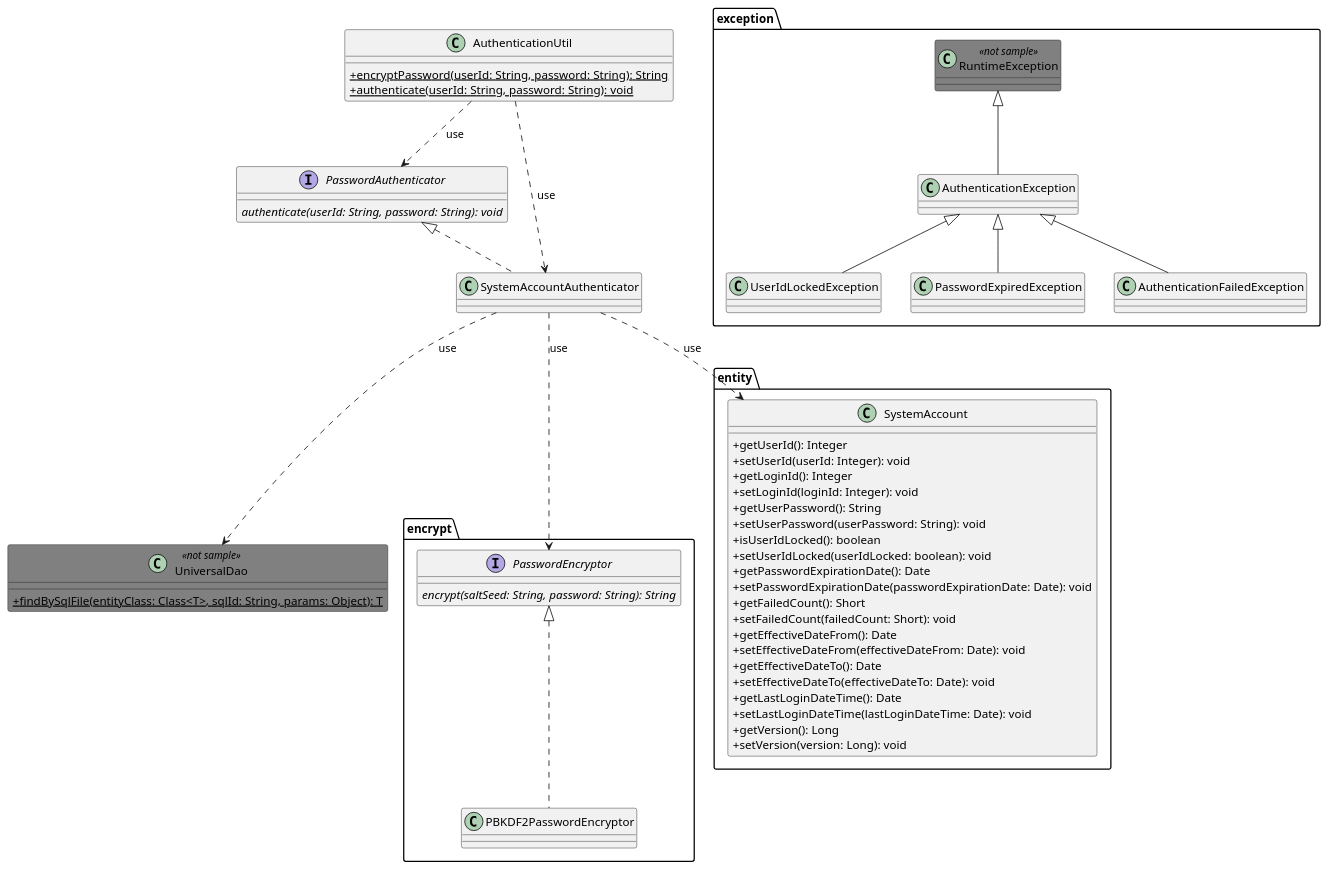
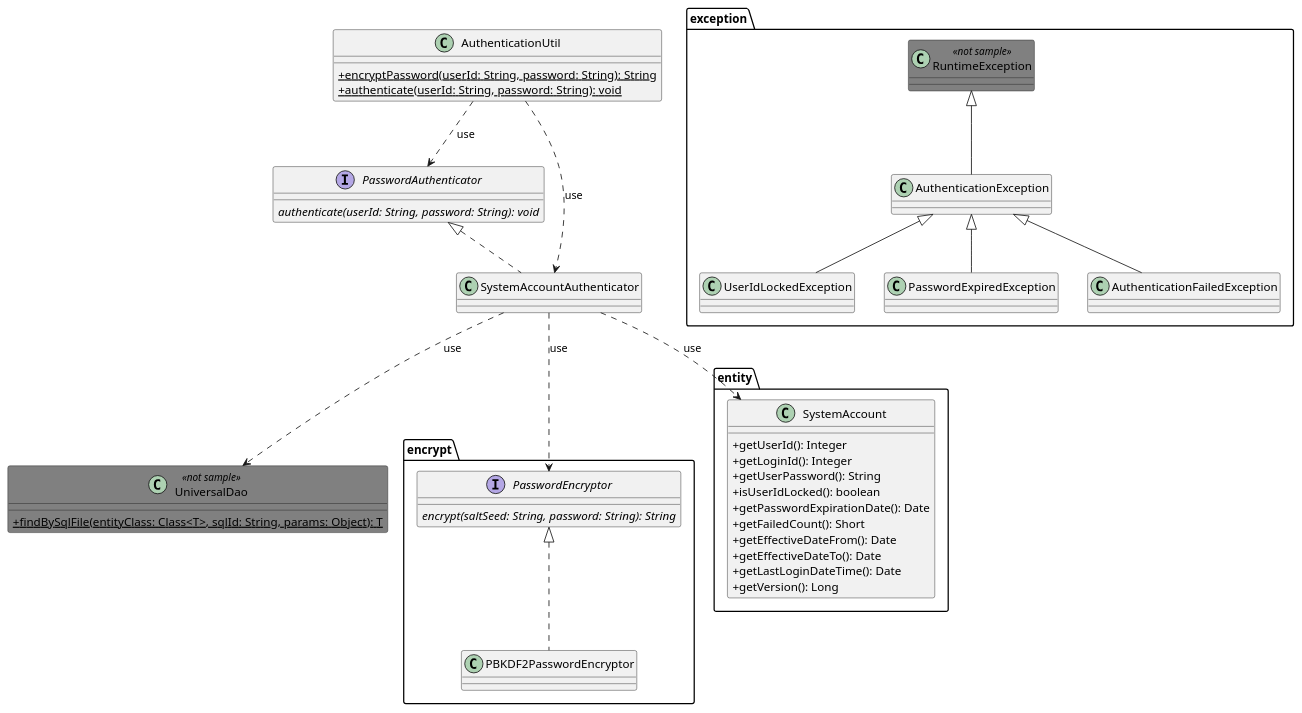
Before and after one commit to nablarch/nablarch-document: the diagram in ja/examples/01/_images/Authentication_ClassDiagram.pu, drawn with PlantUML.

Commit message:
説明に不要なSetterメソッドを削除しました。

```diff
--- a/ja/examples/01/_images/Authentication_ClassDiagram.pu
+++ b/ja/examples/01/_images/Authentication_ClassDiagram.pu
@@ -1,73 +1,63 @@
 @startuml
 
 skinparam class {
     BackgroundColor<<not sample>> Gray
 }
 
 package encrypt {
     interface PasswordEncryptor {
         {abstract} encrypt(saltSeed: String, password: String): String
     }
 
     class PBKDF2PasswordEncryptor implements PasswordEncryptor
 }
 
 package entity {
     class SystemAccount {
         + getUserId(): Integer
-        + setUserId(userId: Integer): void
         + getLoginId(): Integer
-        + setLoginId(loginId: Integer): void
         + getUserPassword(): String
-        + setUserPassword(userPassword: String): void
         + isUserIdLocked(): boolean
-        + setUserIdLocked(userIdLocked: boolean): void
         + getPasswordExpirationDate(): Date
-        + setPasswordExpirationDate(passwordExpirationDate: Date): void
         + getFailedCount(): Short
-        + setFailedCount(failedCount: Short): void
         + getEffectiveDateFrom(): Date
-        + setEffectiveDateFrom(effectiveDateFrom: Date): void
         + getEffectiveDateTo(): Date
-        + setEffectiveDateTo(effectiveDateTo: Date): void
         + getLastLoginDateTime(): Date
-        + setLastLoginDateTime(lastLoginDateTime: Date): void
         + getVersion(): Long
-        + setVersion(version: Long): void
     }
 }
 
 package exception {
     class RuntimeException <<not sample>>
 
     class AuthenticationException extends RuntimeException
     class UserIdLockedException extends AuthenticationException
     class PasswordExpiredException extends AuthenticationException
     class AuthenticationFailedException extends AuthenticationException
 }
 
 interface PasswordAuthenticator {
     {abstract} authenticate(userId: String, password: String): void
 }
 
 class SystemAccountAuthenticator implements PasswordAuthenticator
 
 skinparam classAttributeIconSize 0
 class AuthenticationUtil {
     {static} + encryptPassword(userId: String, password: String): String
     {static} + authenticate(userId: String, password: String): void
 }
 
 class UniversalDao <<not sample>> {
     {static} + findBySqlFile(entityClass: Class<T>, sqlId: String, params: Object): T
 
 }
 
 AuthenticationUtil ..> SystemAccountAuthenticator : use
 AuthenticationUtil ..> PasswordAuthenticator : use
 
 SystemAccountAuthenticator ..> SystemAccount : use
 SystemAccountAuthenticator ..> PasswordEncryptor: use
 SystemAccountAuthenticator ..> UniversalDao : use
 
 @enduml
```
